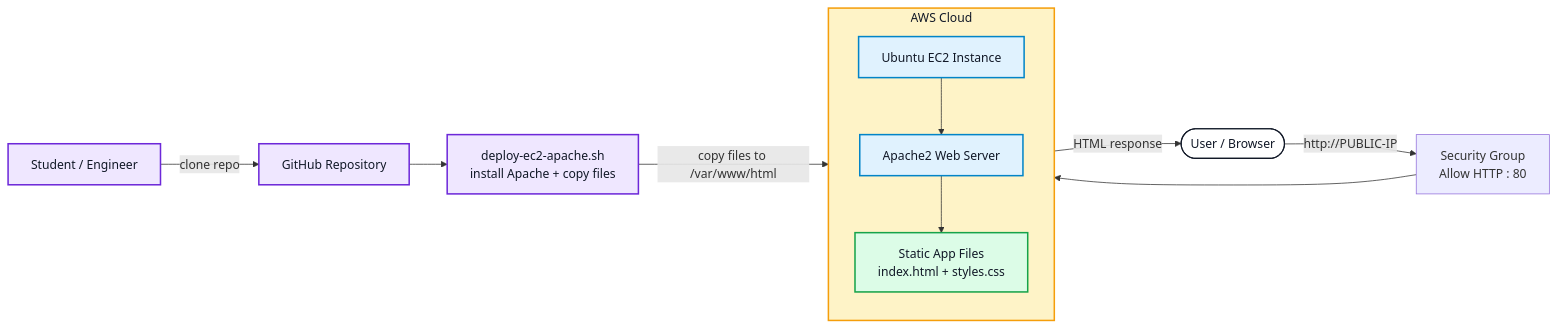
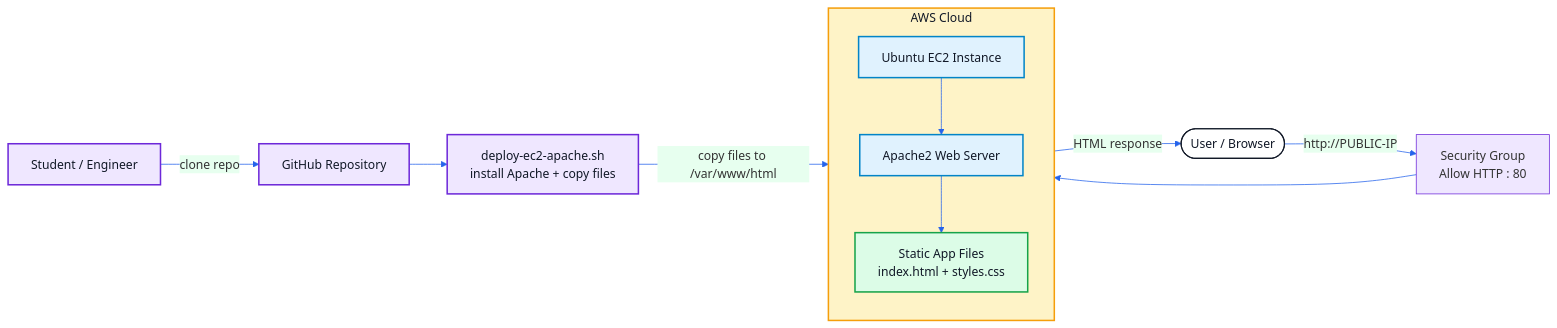
One commit to devopsmate7/-AWS-Project-01-EC2-deployment changed the diagram in README.md. Above: the diagram before and after it, drawn with Mermaid. The commit also changed other lines of this file, not shown here.

````diff
--- a/README.md
+++ b/README.md
@@ -32,33 +56,34 @@
 ```mermaid
+%%{init: {"theme": "base", "themeVariables": {"primaryColor": "#efe7ff", "primaryBorderColor": "#6d28d9", "lineColor": "#2563eb", "fontFamily": "Inter, Arial", "tertiaryColor": "#fef3c7"}}}%%
 flowchart LR
   classDef user fill:#ffffff,stroke:#111827,stroke-width:1.5px,color:#111827;
   classDef aws fill:#fef3c7,stroke:#f59e0b,stroke-width:2px,color:#111827;
   classDef ec2 fill:#e0f2fe,stroke:#0284c7,stroke-width:2px,color:#111827;
   classDef app fill:#dcfce7,stroke:#16a34a,stroke-width:2px,color:#111827;
   classDef deploy fill:#efe7ff,stroke:#6d28d9,stroke-width:2px,color:#111827;
 
   User([User / Browser])
   SG[Security Group\nAllow HTTP : 80]
 
   subgraph AWS[AWS Cloud]
     direction TB
     EC2[Ubuntu EC2 Instance]
     Apache[Apache2 Web Server]
     App[Static App Files\nindex.html + styles.css]
   end
 
   Engineer[Student / Engineer]
   Repo[GitHub Repository]
   Script[deploy-ec2-apache.sh\ninstall Apache + copy files]
 
   User -->|http://PUBLIC-IP| SG --> EC2 --> Apache --> App
   App -->|HTML response| User
 
   Engineer -->|clone repo| Repo --> Script -->|copy files to /var/www/html| Apache
 
   class User user
   class AWS aws
   class EC2,Apache ec2
   class App app
   class Engineer,Repo,Script deploy
 ```
````
